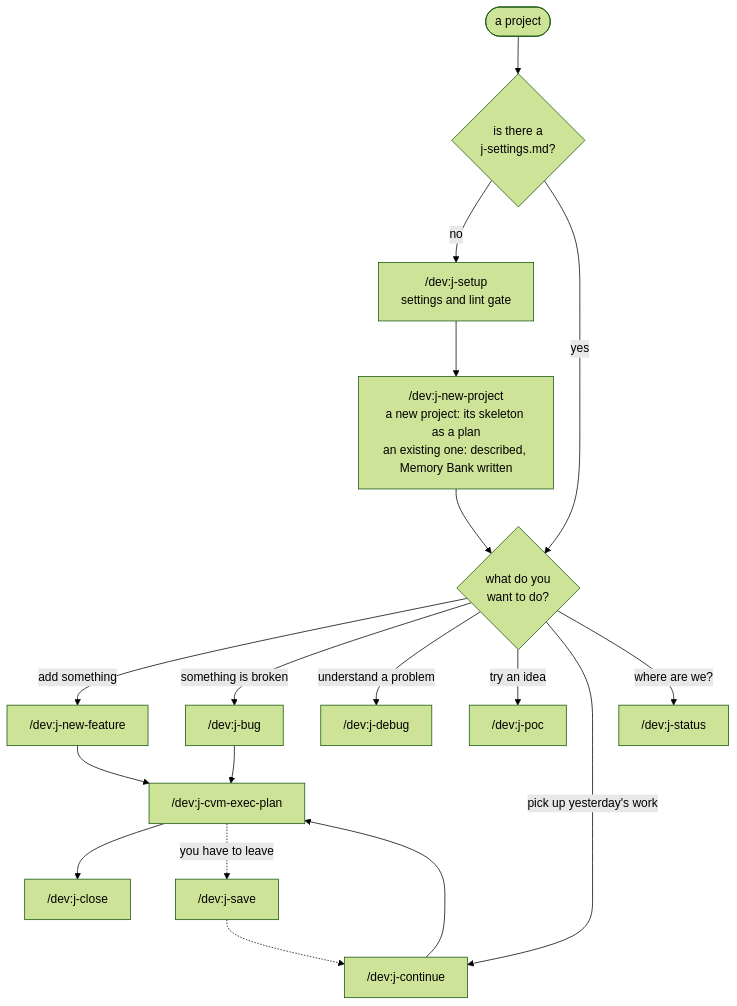
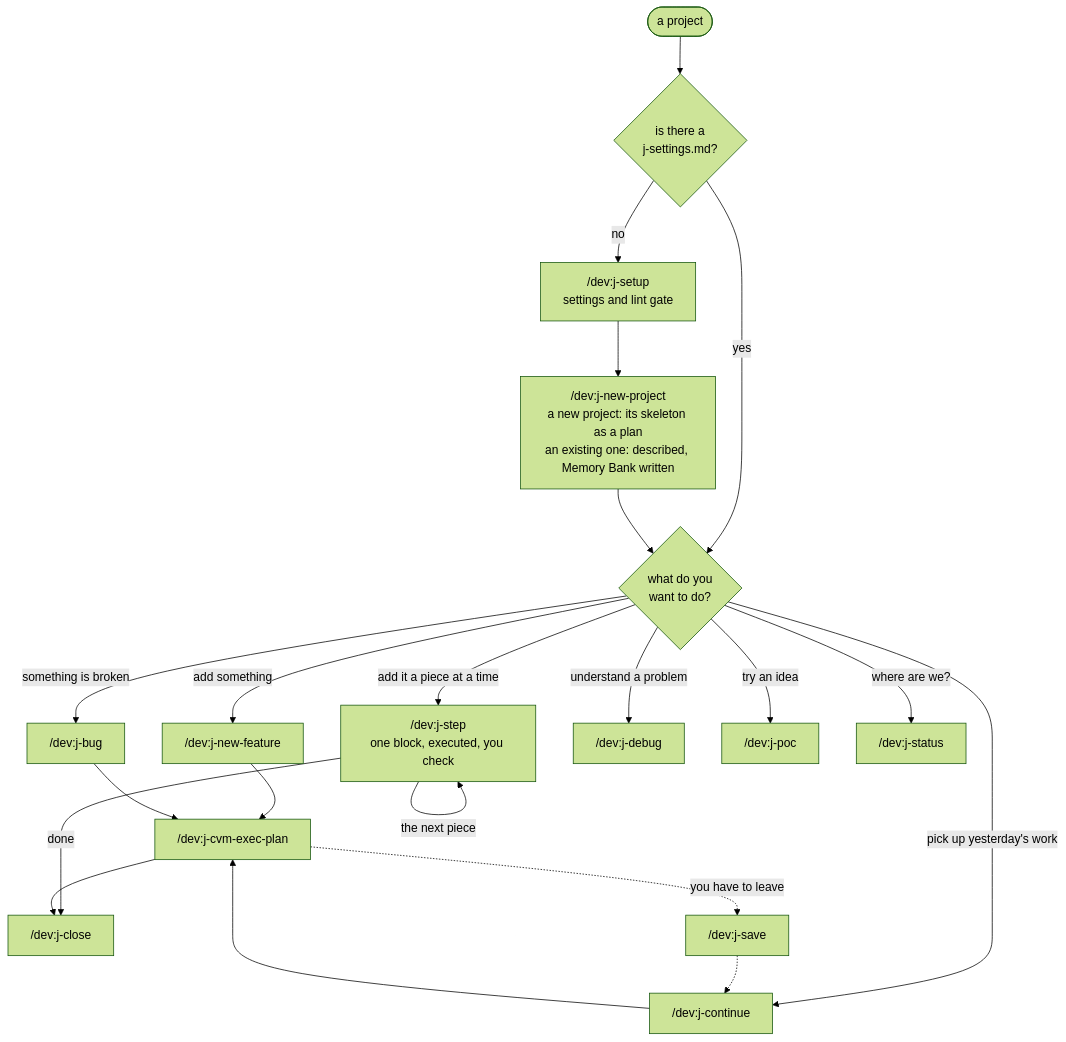
The fourth of 5 diagrams in FLOW.md (0ics-srls/ai-agent-plugin), drawn with Mermaid (forest theme) before and after one commit. The commit also changed other lines of this file and 14 other files, not shown here.

````diff
--- a/FLOW.md
+++ b/FLOW.md
@@ -61,20 +83,23 @@
 ```mermaid
 flowchart TD
     START(["a project"]) --> NEW{"is there a<br>j-settings.md?"}
     NEW -->|"no"| SETUP["/dev:j-setup<br>settings and lint gate"]
     SETUP --> PROJECT["/dev:j-new-project<br>a new project: its skeleton as a plan<br>an existing one: described, Memory Bank written"]
     NEW -->|"yes"| WHAT{"what do you<br>want to do?"}
     PROJECT --> WHAT
     WHAT -->|"add something"| FEATURE["/dev:j-new-feature"]
+    WHAT -->|"add it a piece at a time"| STEP["/dev:j-step<br>one block, executed, you check"]
+    STEP -->|"the next piece"| STEP
+    STEP -->|"done"| CLOSE
     WHAT -->|"something is broken"| BUG["/dev:j-bug"]
     WHAT -->|"understand a problem"| DEBUG["/dev:j-debug"]
     WHAT -->|"try an idea"| POC["/dev:j-poc"]
     WHAT -->|"pick up yesterday's work"| CONTINUE["/dev:j-continue"]
     WHAT -->|"where are we?"| STATUS["/dev:j-status"]
     FEATURE --> EXEC["/dev:j-cvm-exec-plan"]
     BUG --> EXEC
     CONTINUE --> EXEC
     EXEC --> CLOSE["/dev:j-close"]
     EXEC -.->|"you have to leave"| SAVE["/dev:j-save"]
     SAVE -.-> CONTINUE
 ```
````
